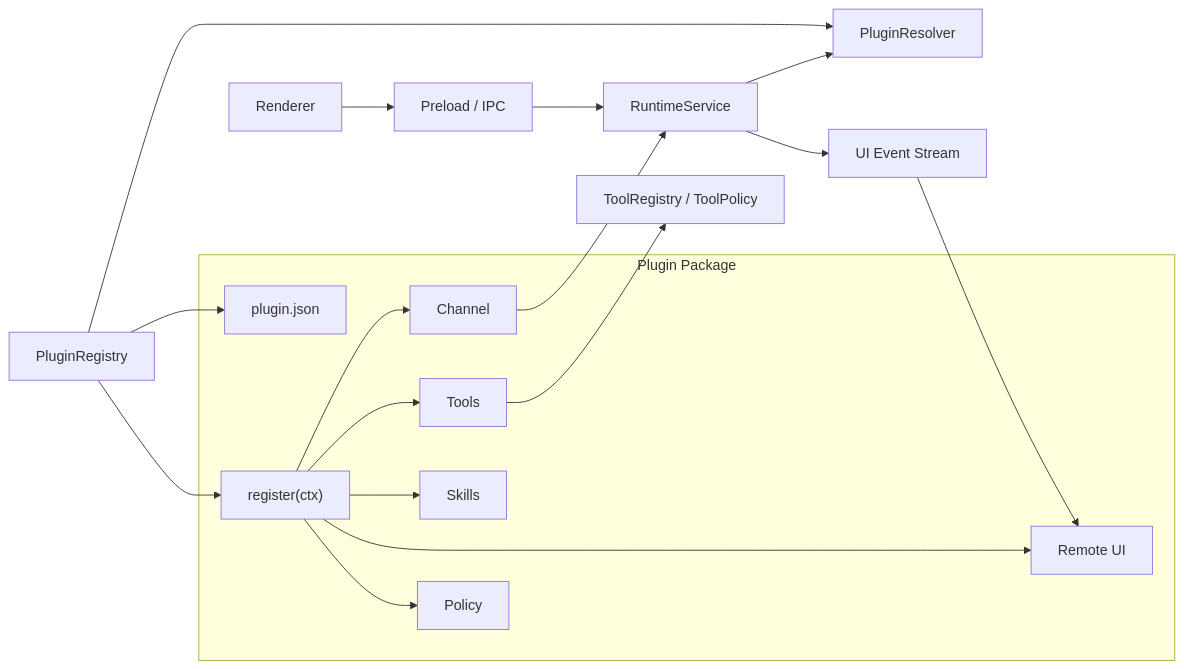
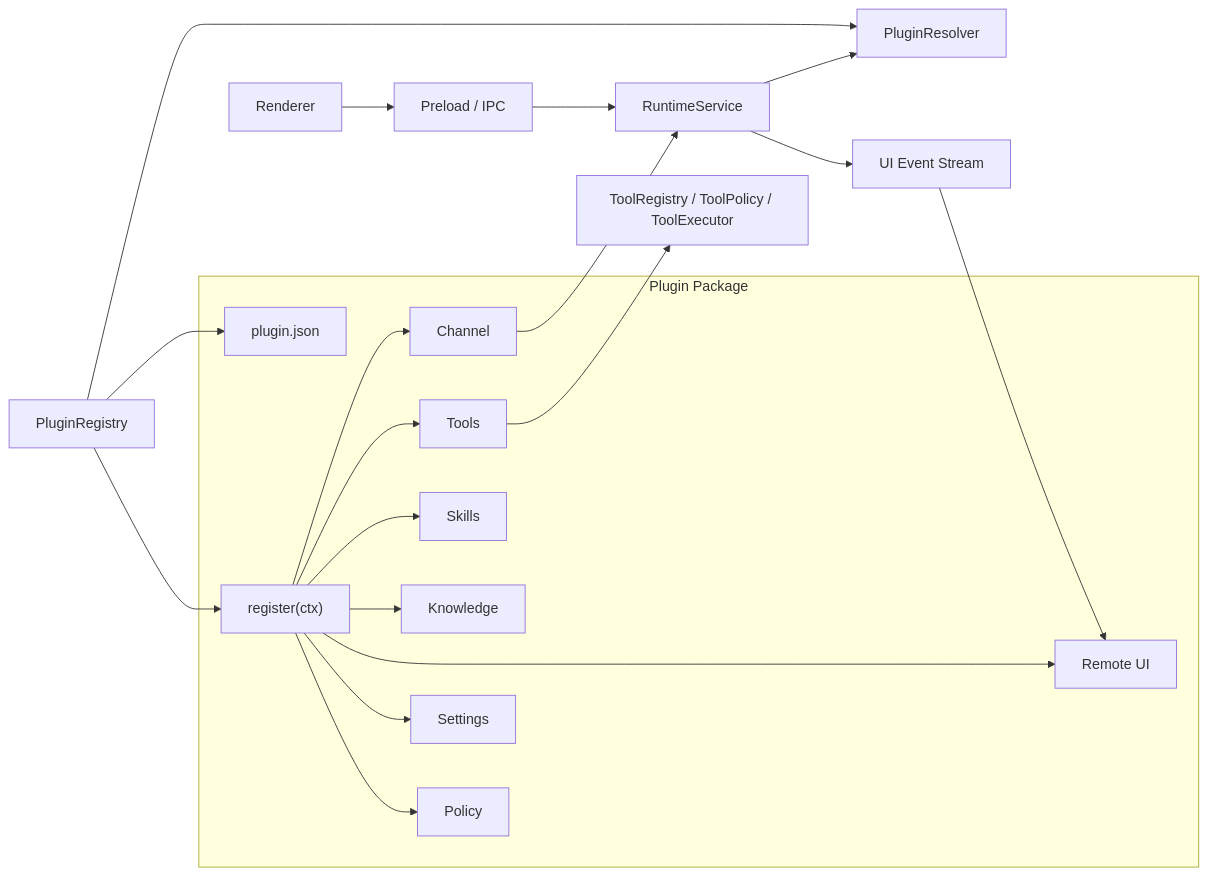
The first of 3 diagrams in docs/plugins.md (x19990416/OpenAgent), drawn with Mermaid before and after one commit. The commit also changed other lines of this file and 22 other files, not shown here.

````diff
--- a/docs/plugins.md
+++ b/docs/plugins.md
@@ -35,36 +36,40 @@
 ```mermaid
 flowchart LR
   UI["Renderer"]
   IPC["Preload / IPC"]
   Runtime["RuntimeService"]
   Registry["PluginRegistry"]
   Resolver["PluginResolver"]
-  Tools["ToolRegistry / ToolPolicy"]
+  Tools["ToolRegistry / ToolPolicy / ToolExecutor"]
   Events["UI Event Stream"]
 
   subgraph Plugin["Plugin Package"]
     Manifest["plugin.json"]
     Entry["register(ctx)"]
     Channel["Channel"]
     PluginTools["Tools"]
     Skills["Skills"]
+    Knowledge["Knowledge"]
     RemoteUI["Remote UI"]
+    Settings["Settings"]
     Policy["Policy"]
   end
 
   UI --> IPC
   IPC --> Runtime
   Runtime --> Resolver
   Registry --> Resolver
   Registry --> Manifest
   Registry --> Entry
   Entry --> Channel
   Entry --> PluginTools
   Entry --> Skills
+  Entry --> Knowledge
   Entry --> RemoteUI
+  Entry --> Settings
   Entry --> Policy
   PluginTools --> Tools
   Channel --> Runtime
   Runtime --> Events
   Events --> RemoteUI
 ```
````
